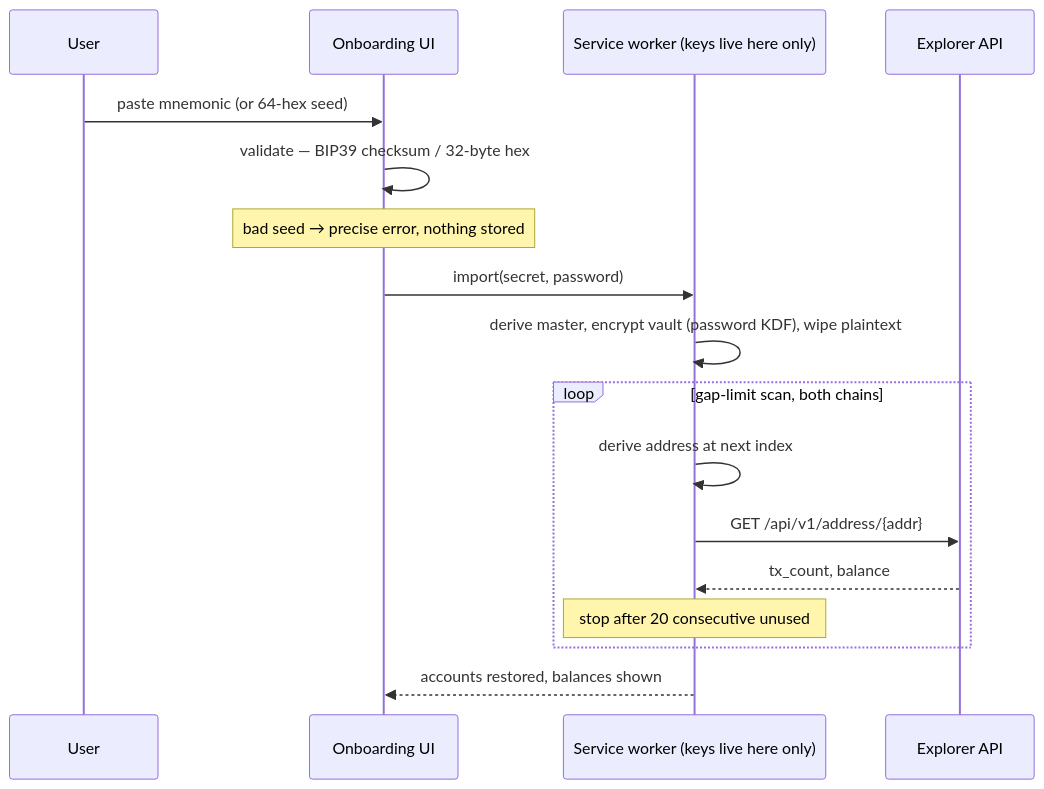
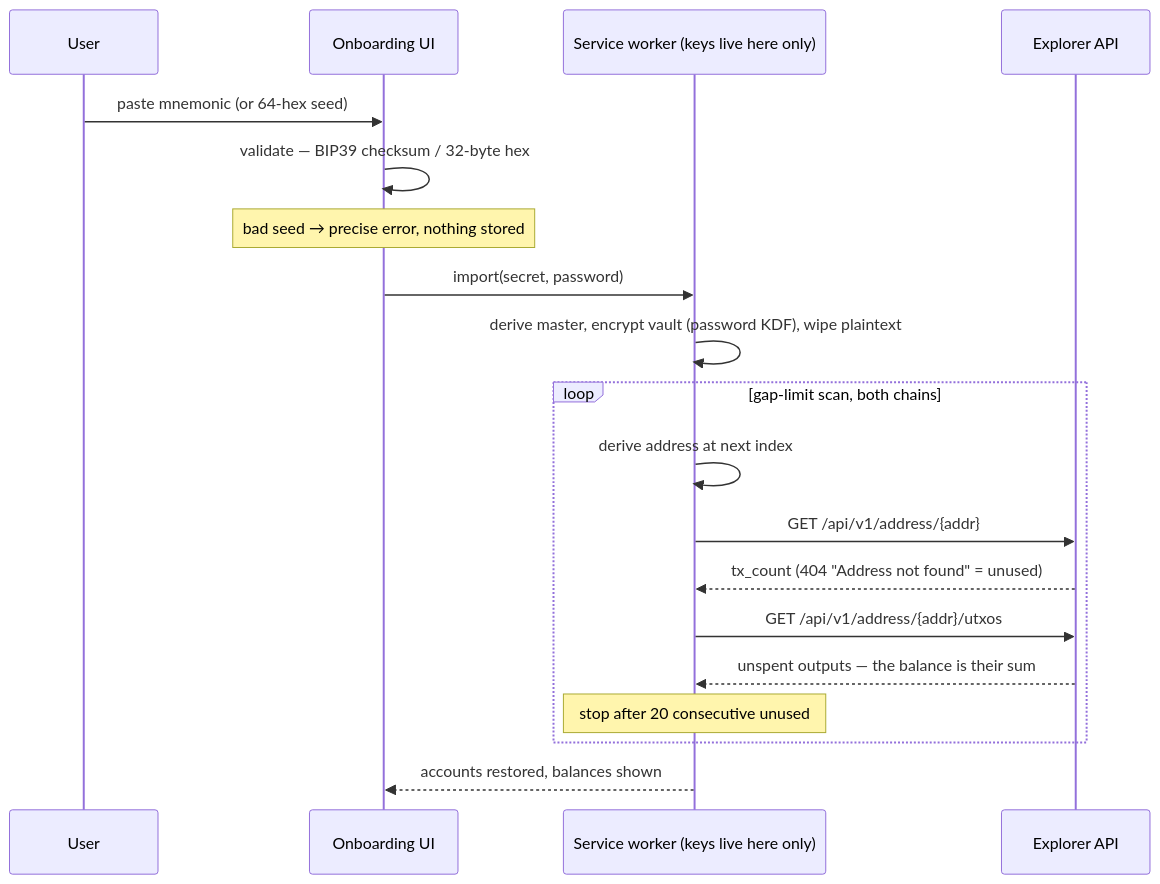
The third of 3 diagrams in docs/HD_IMPORT.md (bussyjd/btq-browser-wallet), drawn with Mermaid before and after one commit. The commit also changed other lines of this file and 12 other files, not shown here.

````diff
--- a/docs/HD_IMPORT.md
+++ b/docs/HD_IMPORT.md
@@ -96,20 +96,22 @@
 ```mermaid
 sequenceDiagram
     participant U as User
     participant UI as Onboarding UI
     participant SW as Service worker (keys live here only)
     participant EX as Explorer API
 
     U->>UI: paste mnemonic (or 64-hex seed)
     UI->>UI: validate — BIP39 checksum / 32-byte hex
     Note over UI: bad seed → precise error, nothing stored
     UI->>SW: import(secret, password)
     SW->>SW: derive master, encrypt vault (password KDF), wipe plaintext
     loop gap-limit scan, both chains
         SW->>SW: derive address at next index
         SW->>EX: GET /api/v1/address/{addr}
-        EX-->>SW: tx_count, balance
+        EX-->>SW: tx_count (404 "Address not found" = unused)
+        SW->>EX: GET /api/v1/address/{addr}/utxos
+        EX-->>SW: unspent outputs — the balance is their sum
         Note over SW: stop after 20 consecutive unused
     end
     SW-->>UI: accounts restored, balances shown
 ```
````
